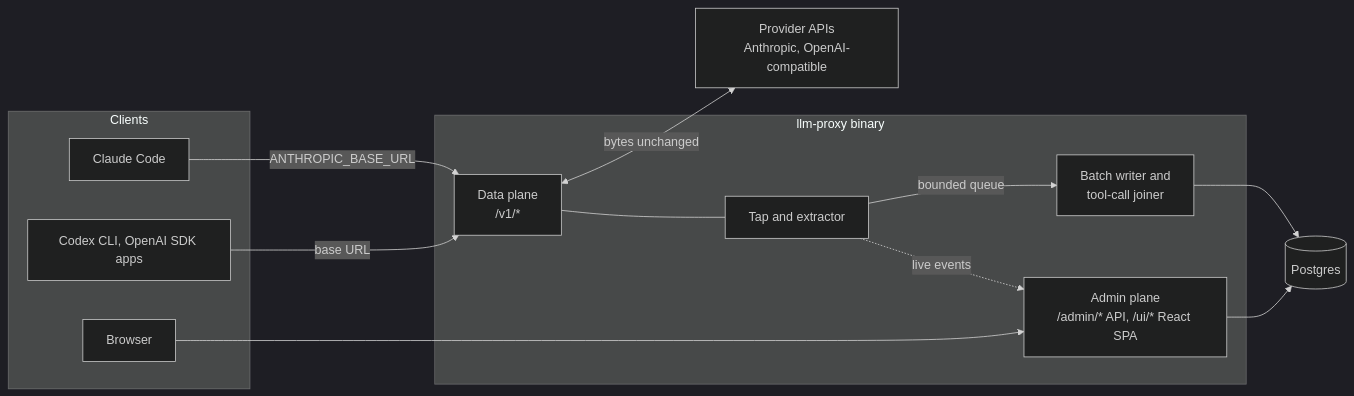
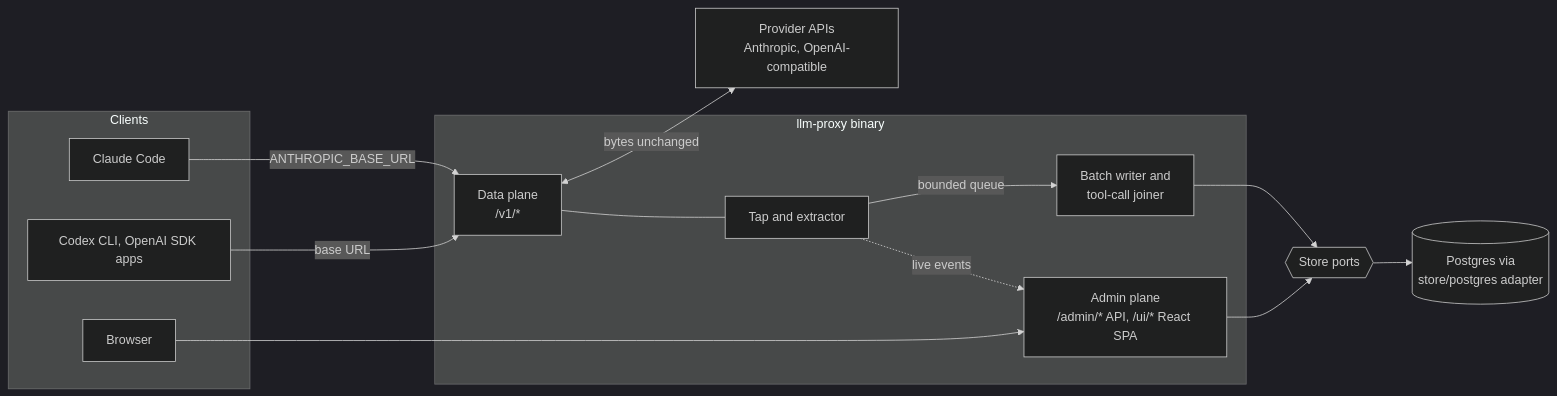
Before and after one commit to mtanzi/llm-proxy: the diagram in docs/architecture/README.md, drawn with Mermaid (dark theme). The commit also changed other lines of this file and 5 other files, not shown here.

Commit message:
docs: put storage behind ports, store/postgres as v1 adapter

````diff
--- a/docs/architecture/README.md
+++ b/docs/architecture/README.md
@@ -21,25 +21,27 @@
 ```mermaid
 flowchart LR
     subgraph clients[Clients]
         cc[Claude Code]
         oa[Codex CLI, OpenAI SDK apps]
         br[Browser]
     end
     subgraph bin[llm-proxy binary]
         dp[Data plane<br/>/v1/*]
         tap[Tap and extractor]
         bw[Batch writer and<br/>tool-call joiner]
         adm[Admin plane<br/>/admin/* API, /ui/* React SPA]
     end
     up[Provider APIs<br/>Anthropic, OpenAI-compatible]
-    pg[(Postgres)]
+    ports{{Store ports}}
+    pg[(Postgres via<br/>store/postgres adapter)]
 
     cc -->|ANTHROPIC_BASE_URL| dp
     oa -->|base URL| dp
     dp <-->|bytes unchanged| up
     dp --- tap
-    tap -->|bounded queue| bw --> pg
+    tap -->|bounded queue| bw --> ports
     br --> adm
-    adm --> pg
+    adm --> ports
+    ports --> pg
     tap -.->|live events| adm
 ```
````
